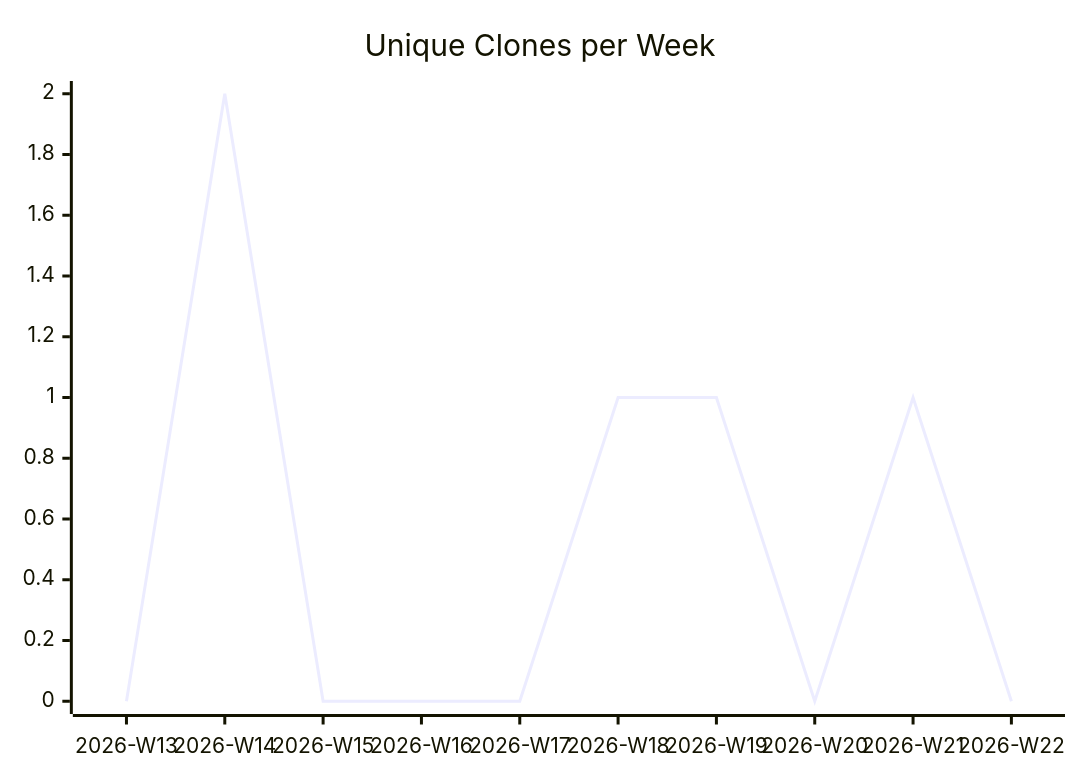
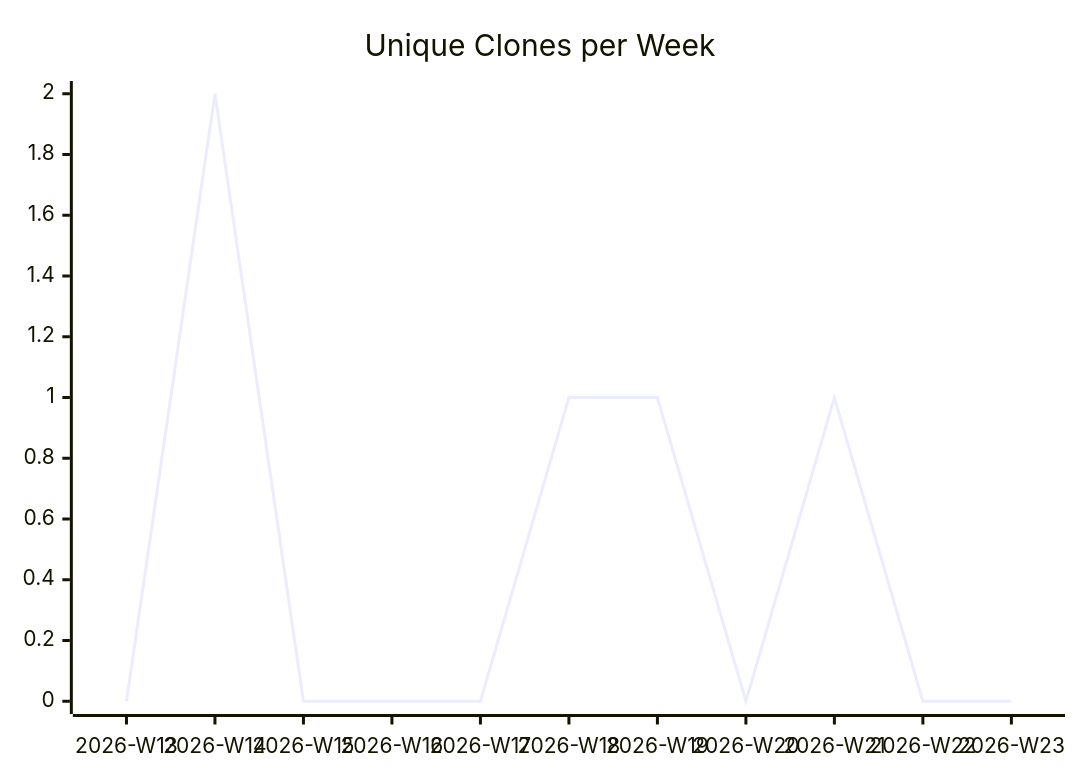
The third of 3 diagrams in karlmdavis/ldap-plugin/README.md (justdavis-family/github-analytics-data), drawn with Mermaid before and after one commit. The commit also changed other lines of this file and 186 other files, not shown here.

````diff
--- a/karlmdavis/ldap-plugin/README.md
+++ b/karlmdavis/ldap-plugin/README.md
@@ -19,6 +19,6 @@
 ```mermaid
 xychart-beta
   title "Unique Clones per Week"
-  x-axis ["2026-W13", "2026-W14", "2026-W15", "2026-W16", "2026-W17", "2026-W18", "2026-W19", "2026-W20", "2026-W21", "2026-W22"]
-  line [0, 2, 0, 0, 0, 1, 1, 0, 1, 0]
+  x-axis ["2026-W13", "2026-W14", "2026-W15", "2026-W16", "2026-W17", "2026-W18", "2026-W19", "2026-W20", "2026-W21", "2026-W22", "2026-W23"]
+  line [0, 2, 0, 0, 0, 1, 1, 0, 1, 0, 0]
 ```
````
